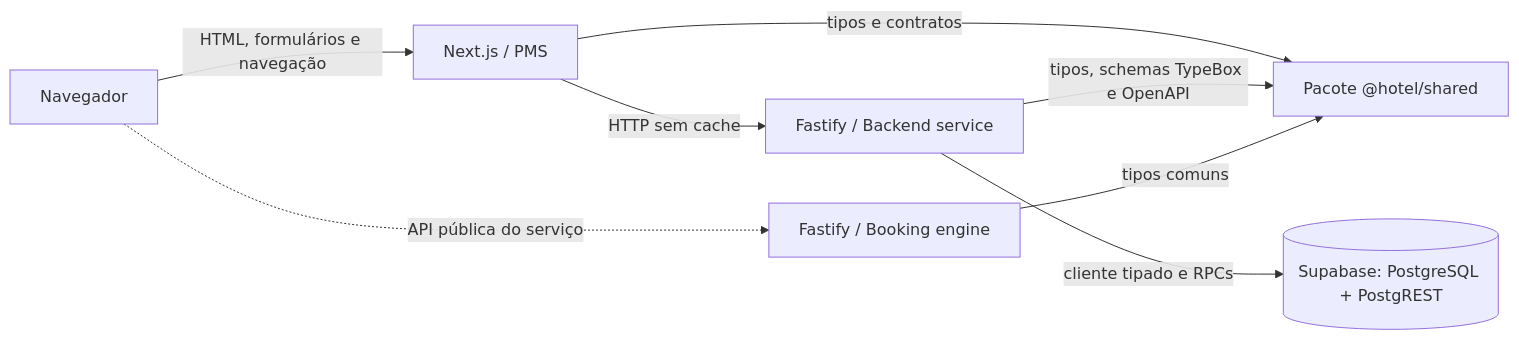
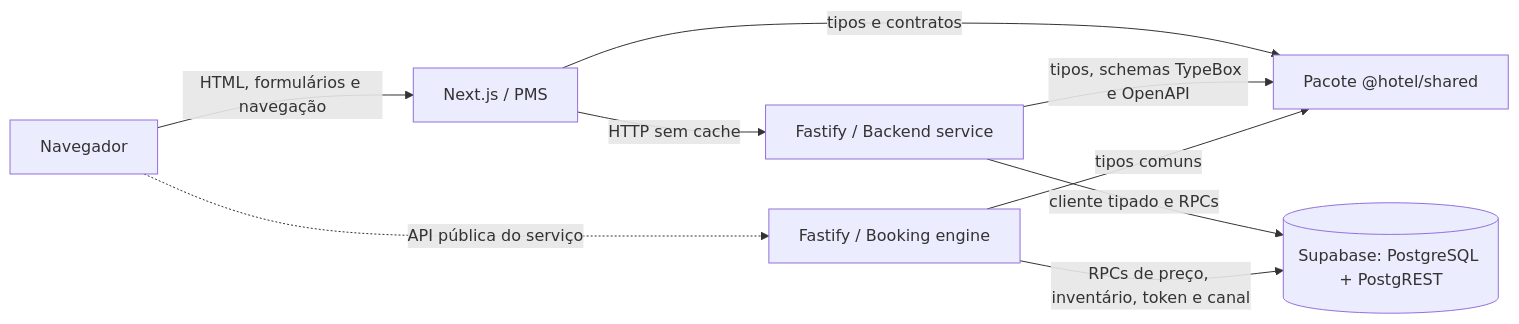
Before and after one commit to TiagoJSaraiva/CJOPRO-Sistema-de-hotelaria: the first of 13 diagrams in docs/architecture.md, drawn with Mermaid. The commit also changed other lines of this file and 44 other files, not shown here.

````diff
--- a/docs/architecture.md
+++ b/docs/architecture.md
@@ -10,17 +10,18 @@
 ```mermaid
 flowchart LR
   browser[Navegador]
   pms[Next.js / PMS]
   api[Fastify / Backend service]
   booking[Fastify / Booking engine]
   shared[Pacote @hotel/shared]
   supabase[(Supabase: PostgreSQL + PostgREST)]
 
   browser -->|HTML, formulários e navegação| pms
   pms -->|HTTP sem cache| api
   browser -.->|API pública do serviço| booking
   pms -->|tipos e contratos| shared
   api -->|tipos, schemas TypeBox e OpenAPI| shared
   booking -->|tipos comuns| shared
   api -->|cliente tipado e RPCs| supabase
+  booking -->|RPCs de preço, inventário, token e canal| supabase
 ```
````
